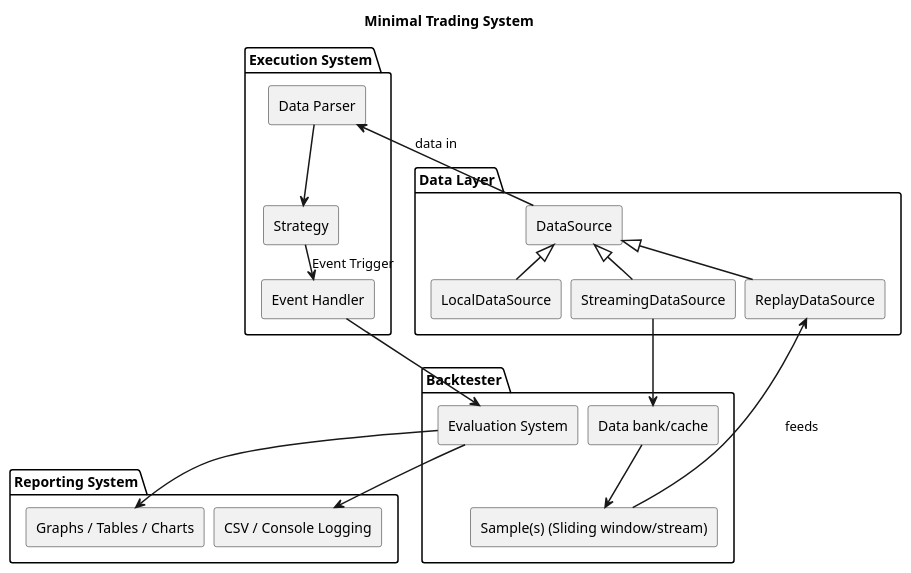
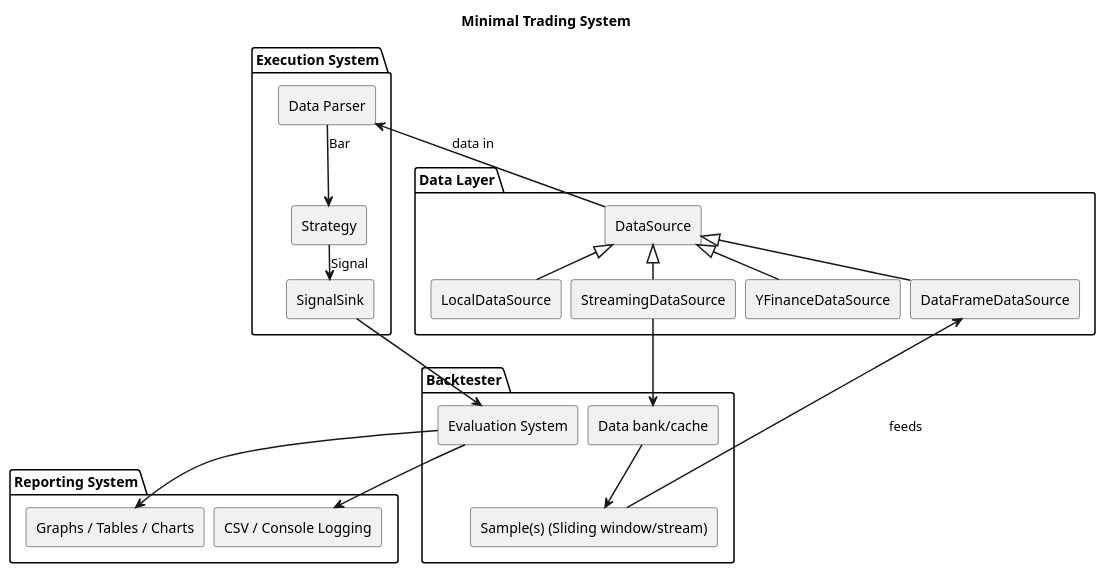
Before and after one commit to Ghosal-Quants/GhosalQuant: the diagram in design/diagrams/minimal_trading_system.puml, drawn with PlantUML. The commit also changed 2 other files, not shown here.

Commit message:
refactor(diagram): update UML diagram to reflect changes in system architecture, replacing Event Handler with SignalSink and adding DataFrameDataSource and YFinanceDataSource

```diff
--- a/design/diagrams/minimal_trading_system.puml
+++ b/design/diagrams/minimal_trading_system.puml
@@ -1,52 +1,54 @@
 @startuml
 title Minimal Trading System
 
 skinparam componentStyle rectangle
 skinparam shadowing false
 skinparam arrowThickness 1.5
 skinparam nodesep 10
 skinparam ranksep 10
 
 package "Execution System" {
   [Data Parser]
   [Strategy]
-  [Event Handler]
+  [SignalSink]
 }
 
 package "Data Layer" {
   [DataSource]
   [LocalDataSource]
-  [ReplayDataSource]
   [StreamingDataSource]
+  [YFinanceDataSource]
+  [DataFrameDataSource]
 }
 
 package "Backtester" {
   [Data bank/cache]
   [Sample(s) (Sliding window/stream)]
   [Evaluation System]
 }
 
 package "Reporting System" {
   [Graphs / Tables / Charts]
   [CSV / Console Logging]
 }
 
 ' Wiring
 [DataSource] <|-- [LocalDataSource]
-[DataSource] <|-- [ReplayDataSource]
+[DataSource] <|-- [YFinanceDataSource]
+[DataSource] <|-- [DataFrameDataSource]
 [DataSource] <|-- [StreamingDataSource]
 
 [StreamingDataSource] --> [Data bank/cache]
 [DataSource] --> [Data Parser] : data in
-[Data Parser] --> [Strategy]
-[Strategy] --> [Event Handler] : Event Trigger
+[Data Parser] --> [Strategy] : Bar
+[Strategy] --> [SignalSink] : Signal
 
 ' Backtester
 [Data bank/cache] --> [Sample(s) (Sliding window/stream)]
-[Sample(s) (Sliding window/stream)] --> [ReplayDataSource] : feeds
-[Event Handler] --> [Evaluation System]
+[Sample(s) (Sliding window/stream)] --> [DataFrameDataSource] : feeds
+[SignalSink] --> [Evaluation System]
 
 ' Reporting
 [Evaluation System] --> [Graphs / Tables / Charts]
 [Evaluation System] --> [CSV / Console Logging]
 @enduml
```
